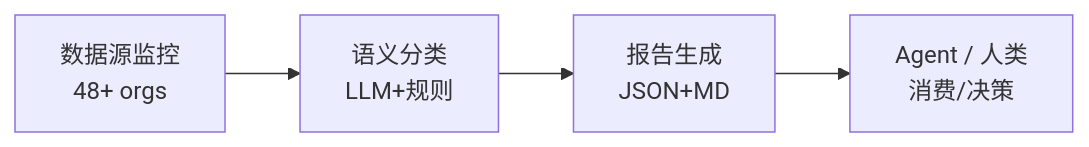
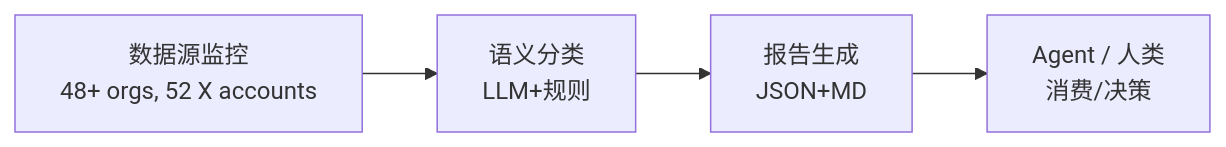
One commit to liuxiaotong/ai-dataset-radar changed the diagram in README.md. Above: the diagram before and after it, drawn with Mermaid. The commit also changed other lines of this file, not shown here.

````diff
--- a/README.md
+++ b/README.md
@@ -31,6 +31,6 @@
 ```mermaid
 graph LR
-    A["数据源监控<br/>48+ orgs"] --> B["语义分类<br/>LLM+规则"]
+    A["数据源监控<br/>48+ orgs, 52 X accounts"] --> B["语义分类<br/>LLM+规则"]
     B --> C["报告生成<br/>JSON+MD"]
     C --> D["Agent / 人类<br/>消费/决策"]
 ```
````
